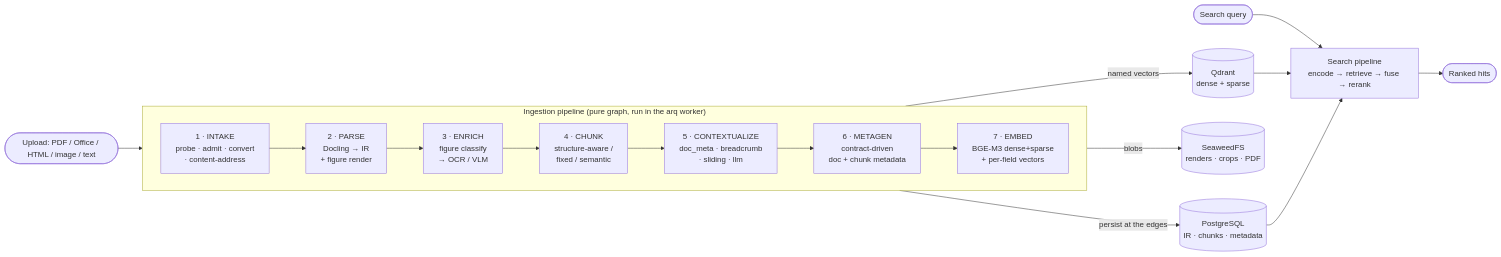
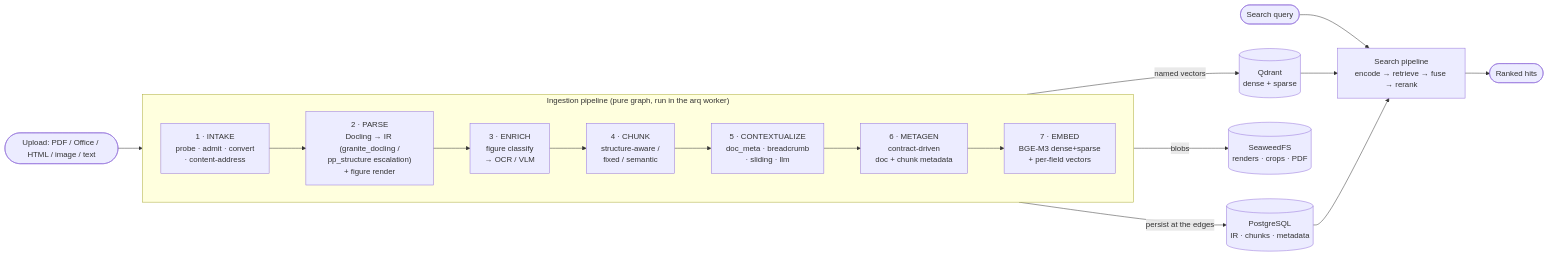
The diagram in docs/architecture.md (Florian-BARRE/DocForge), drawn with Mermaid before and after one commit. The commit also changed other lines of this file and 3 other files, not shown here.

First line of the commit message:
docs: reflect 0.3.0 — parser bricks, PaddleX sidecar, dynamic per-collection config, schema-driven contract

````diff
--- a/docs/architecture.md
+++ b/docs/architecture.md
@@ -18,25 +18,25 @@
 ```mermaid
 flowchart LR
     U([Upload: PDF / Office / HTML / image / text]) --> I
 
     subgraph PIPE["Ingestion pipeline (pure graph, run in the arq worker)"]
         direction LR
         I["1 · INTAKE<br/>probe · admit · convert<br/>· content-address"]
-        P["2 · PARSE<br/>Docling → IR<br/>+ figure render"]
+        P["2 · PARSE<br/>Docling → IR (granite_docling /<br/>pp_structure escalation)<br/>+ figure render"]
         E["3 · ENRICH<br/>figure classify<br/>→ OCR / VLM"]
         C["4 · CHUNK<br/>structure-aware /<br/>fixed / semantic"]
         X["5 · CONTEXTUALIZE<br/>doc_meta · breadcrumb<br/>· sliding · llm"]
         M["6 · METAGEN<br/>contract-driven<br/>doc + chunk metadata"]
         B["7 · EMBED<br/>BGE-M3 dense+sparse<br/>+ per-field vectors"]
         I --> P --> E --> C --> X --> M --> B
     end
 
     B -->|persist at the edges| PG[(PostgreSQL<br/>IR · chunks · metadata)]
     B -->|named vectors| QD[(Qdrant<br/>dense + sparse)]
     B -->|blobs| S3[(SeaweedFS<br/>renders · crops · PDF)]
 
     Q([Search query]) --> SR["Search pipeline<br/>encode → retrieve → fuse → rerank"]
     QD --> SR
     PG --> SR
     SR --> R([Ranked hits])
 ```
````
